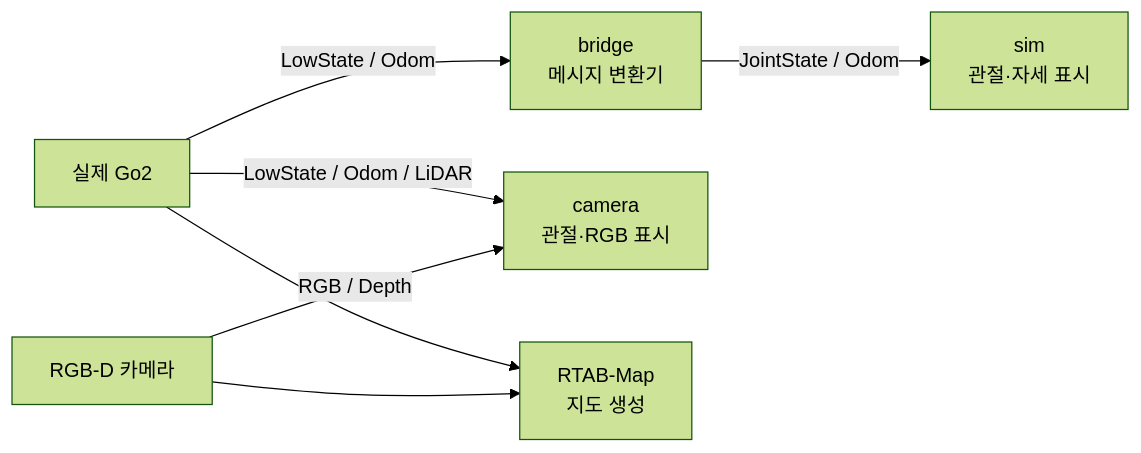
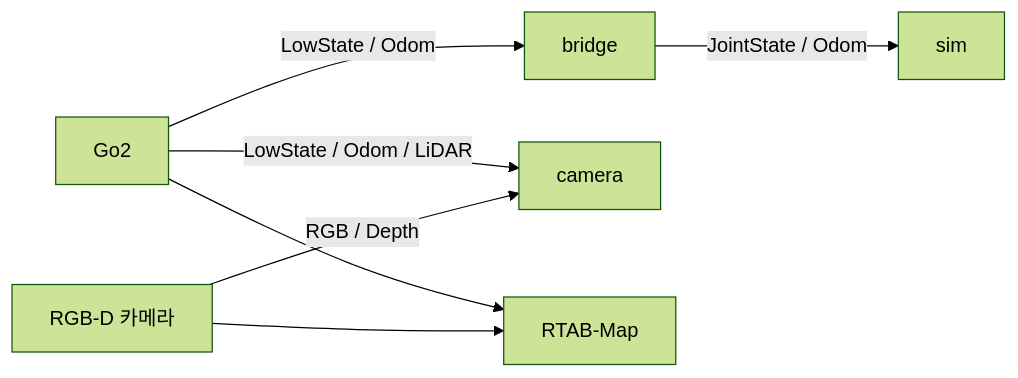
One commit to semin-Gwon/isaac_ws changed the diagram in README.md. Above: the diagram before and after it, drawn with Mermaid (forest theme). The commit also changed other lines of this file and 3 other files, not shown here.

````diff
--- a/README.md
+++ b/README.md
@@ -21,9 +59,9 @@
 ```mermaid
 flowchart LR
-    robot["실제 Go2"] -->|LowState / Odom| bridge["bridge<br/>메시지 변환기"]
-    bridge -->|JointState / Odom| sim["sim<br/>관절·자세 표시"]
-    robot -->|LowState / Odom / LiDAR| camera["camera<br/>관절·RGB 표시"]
+    robot["Go2"] -->|LowState / Odom| bridge["bridge"]
+    bridge -->|JointState / Odom| sim["sim"]
+    robot -->|LowState / Odom / LiDAR| camera["camera"]
     rgb["RGB-D 카메라"] -->|RGB / Depth| camera
-    robot --> slam["RTAB-Map<br/>지도 생성"]
+    robot --> slam["RTAB-Map"]
     rgb --> slam
 ```
````
